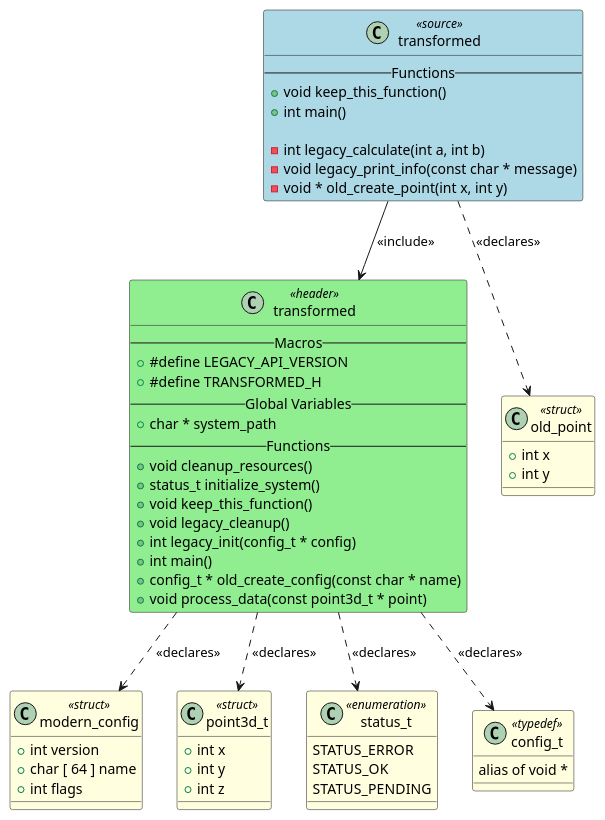
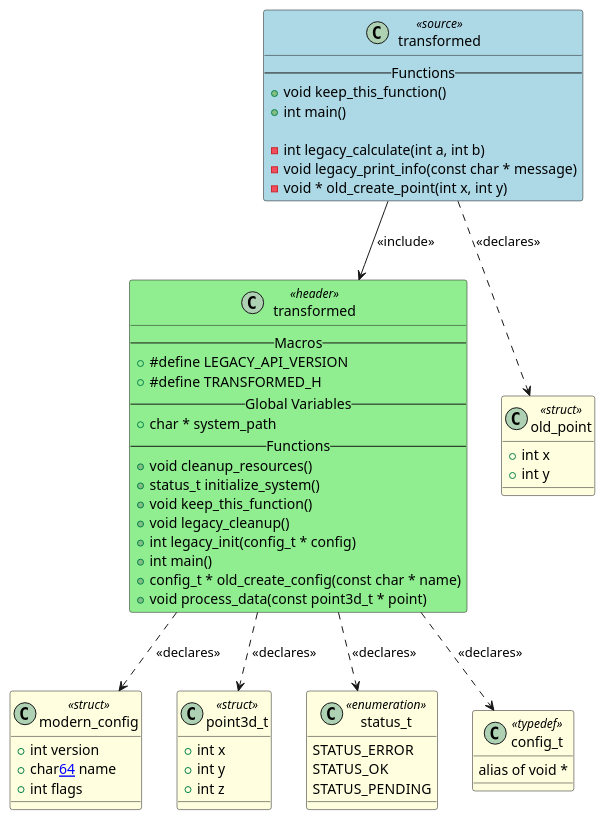
Before and after one commit to fischerjooo/c2puml: the diagram in artifacts/output_example/transformed.puml, drawn with PlantUML. The commit also changed 12 other files, not shown here.

First line of the commit message:
Fix array field spacing in PlantUML output

```diff
--- a/artifacts/output_example/transformed.puml
+++ b/artifacts/output_example/transformed.puml
@@ -1,77 +1,77 @@
 @startuml transformed
 
 class "transformed" as TRANSFORMED <<source>> #LightBlue
 {
     -- Functions --
     + void keep_this_function()
     + int main()
 
     - int legacy_calculate(int a, int b)
     - void legacy_print_info(const char * message)
     - void * old_create_point(int x, int y)
 }
 
 class "transformed" as HEADER_TRANSFORMED <<header>> #LightGreen
 {
     -- Macros --
     + #define LEGACY_API_VERSION
     + #define TRANSFORMED_H
     -- Global Variables --
     + char * system_path
     -- Functions --
     + void cleanup_resources()
     + status_t initialize_system()
     + void keep_this_function()
     + void legacy_cleanup()
     + int legacy_init(config_t * config)
     + int main()
     + config_t * old_create_config(const char * name)
     + void process_data(const point3d_t * point)
 }
 
 class "old_point" as TYPEDEF_OLD_POINT <<struct>> #LightYellow
 {
     + int x
     + int y
 }
 
 class "modern_config" as TYPEDEF_MODERN_CONFIG <<struct>> #LightYellow
 {
     + int version
-    + char [ 64 ] name
+    + char[[64]] name
     + int flags
 }
 
 class "point3d_t" as TYPEDEF_POINT3D_T <<struct>> #LightYellow
 {
     + int x
     + int y
     + int z
 }
 
 class "status_t" as TYPEDEF_STATUS_T <<enumeration>> #LightYellow
 {
     STATUS_ERROR
     STATUS_OK
     STATUS_PENDING
 }
 
 class "config_t" as TYPEDEF_CONFIG_T <<typedef>> #LightYellow
 {
     alias of void *
 }
 
 
 ' Include relationships
 TRANSFORMED --> HEADER_TRANSFORMED : <<include>>
 
 ' Declaration relationships
 TRANSFORMED ..> TYPEDEF_OLD_POINT : <<declares>>
 HEADER_TRANSFORMED ..> TYPEDEF_MODERN_CONFIG : <<declares>>
 HEADER_TRANSFORMED ..> TYPEDEF_POINT3D_T : <<declares>>
 HEADER_TRANSFORMED ..> TYPEDEF_STATUS_T : <<declares>>
 HEADER_TRANSFORMED ..> TYPEDEF_CONFIG_T : <<declares>>
 
 ' Uses relationships
 
 @enduml
```
